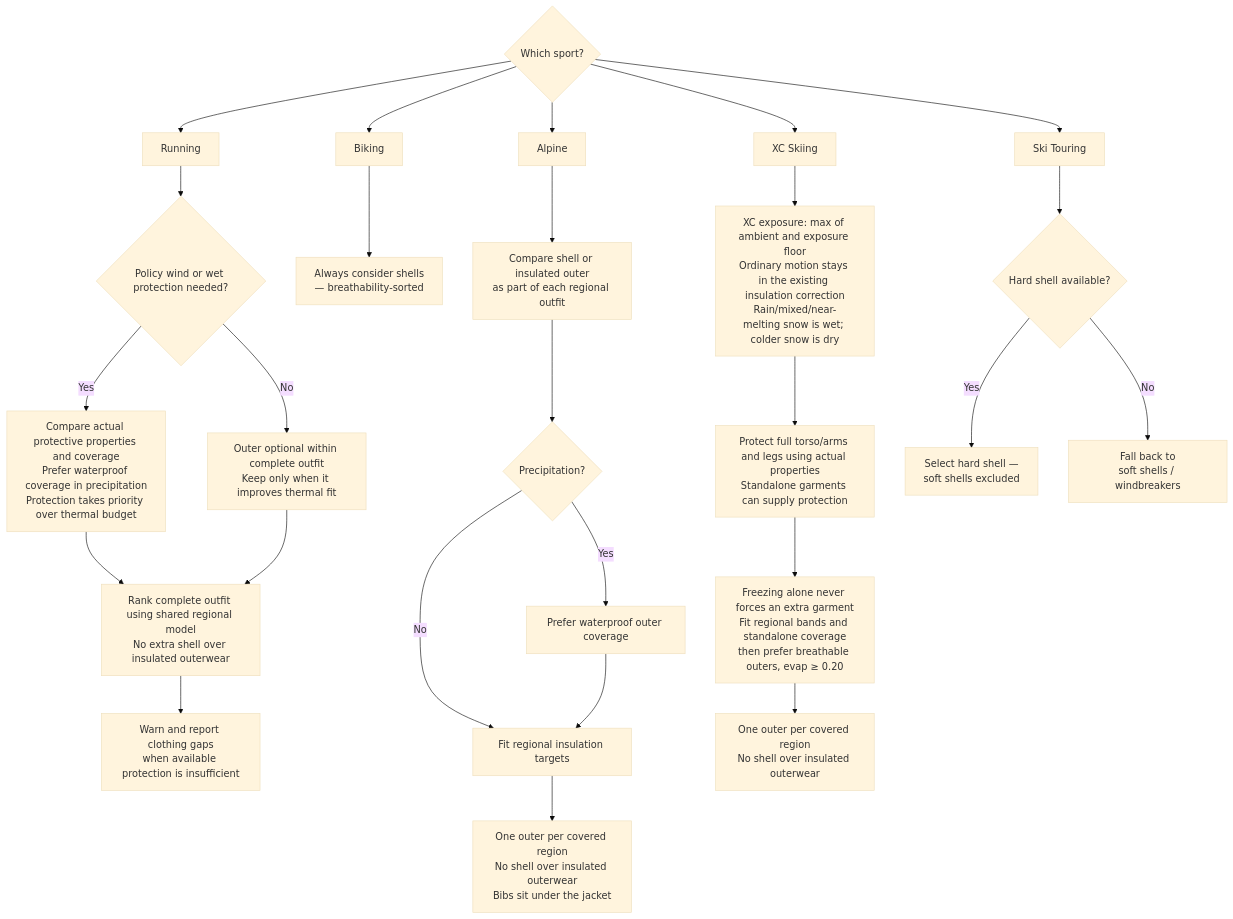
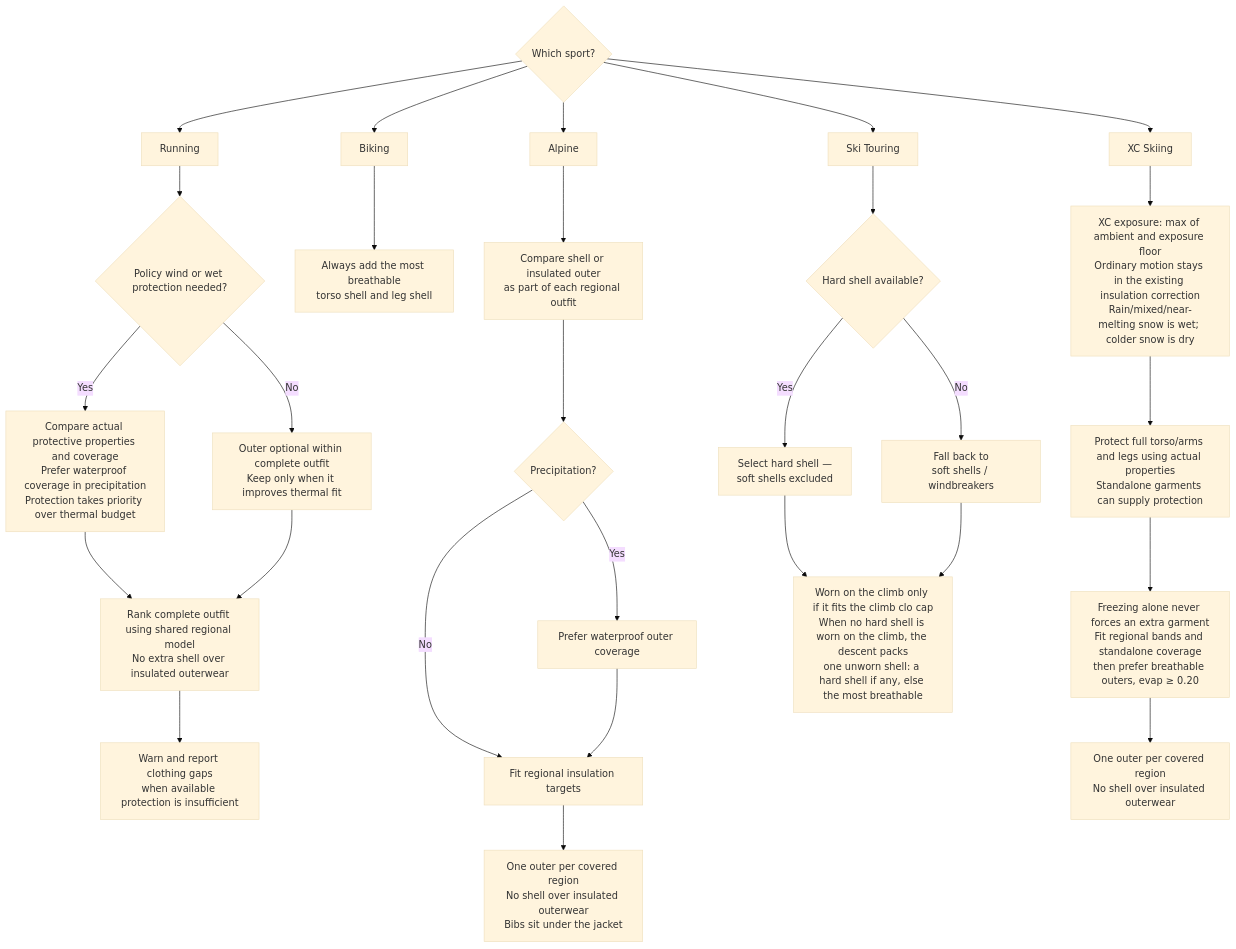
The fifth of 7 diagrams in README.md (derobertsw/swttr), drawn with Mermaid (base theme) before and after one commit. The commit also changed other lines of this file and 5 other files, not shown here.

````diff
--- a/README.md
+++ b/README.md
@@ -238,33 +240,35 @@
 ```mermaid
 graph TD
     START{Which sport?} --> RUN[Running]
     START --> BIKE[Biking]
     START --> ALP[Alpine]
     START --> XC[XC Skiing]
     START --> TOUR[Ski Touring]
 
     RUN --> RCHECK{Policy wind or wet protection needed?}
     RCHECK -->|Yes| RPROTECT[Compare actual protective properties and coverage<br/>Prefer waterproof coverage in precipitation<br/>Protection takes priority over thermal budget]
     RCHECK -->|No| ROPT[Outer optional within complete outfit<br/>Keep only when it improves thermal fit]
     RPROTECT --> RRANK[Rank complete outfit using shared regional model<br/>No extra shell over insulated outerwear]
     ROPT --> RRANK
     RRANK --> RGAP[Warn and report clothing gaps<br/>when available protection is insufficient]
 
-    BIKE --> BADD[Always consider shells<br/>— breathability-sorted]
+    BIKE --> BADD[Always add the most breathable<br/>torso shell and leg shell]
 
     ALP --> AOUT[Compare shell or insulated outer<br/>as part of each regional outfit]
     AOUT --> AWET{Precipitation?}
     AWET -->|Yes| AWP[Prefer waterproof outer coverage]
     AWET -->|No| ABUDGET[Fit regional insulation targets]
     AWP --> ABUDGET
     ABUDGET --> ACAP[One outer per covered region<br/>No shell over insulated outerwear<br/>Bibs sit under the jacket]
 
     XC --> XNEED[XC exposure: max of ambient and exposure floor<br/>Ordinary motion stays in the existing insulation correction<br/>Rain/mixed/near-melting snow is wet; colder snow is dry]
     XNEED --> XREQ[Protect full torso/arms and legs using actual properties<br/>Standalone garments can supply protection]
     XREQ --> XFIT[Freezing alone never forces an extra garment<br/>Fit regional bands and standalone coverage<br/>then prefer breathable outers, evap ≥ 0.20]
     XFIT --> XCAP[One outer per covered region<br/>No shell over insulated outerwear]
 
     TOUR --> THARD{Hard shell available?}
     THARD -->|Yes| THSEL[Select hard shell —<br/>soft shells excluded]
     THARD -->|No| TOTHER[Fall back to<br/>soft shells / windbreakers]
+    THSEL --> TCAP[Worn on the climb only if it fits the climb clo cap<br/>When no hard shell is worn on the climb, the descent packs<br/>one unworn shell: a hard shell if any, else the most breathable]
+    TOTHER --> TCAP
 ```
````
